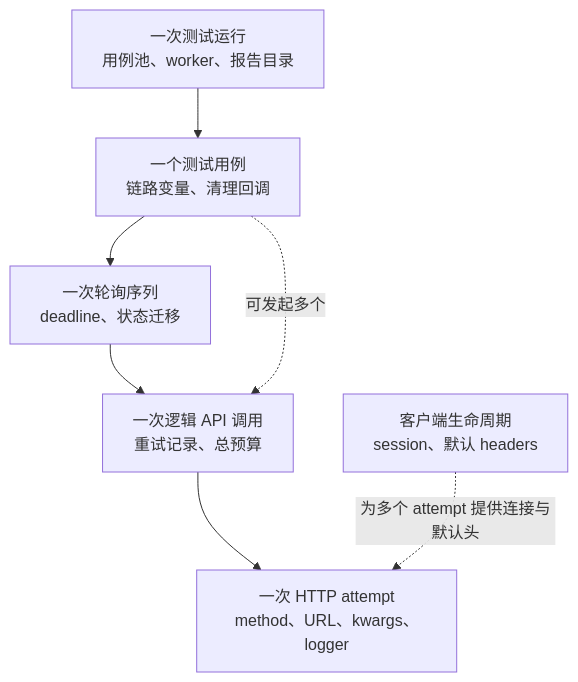
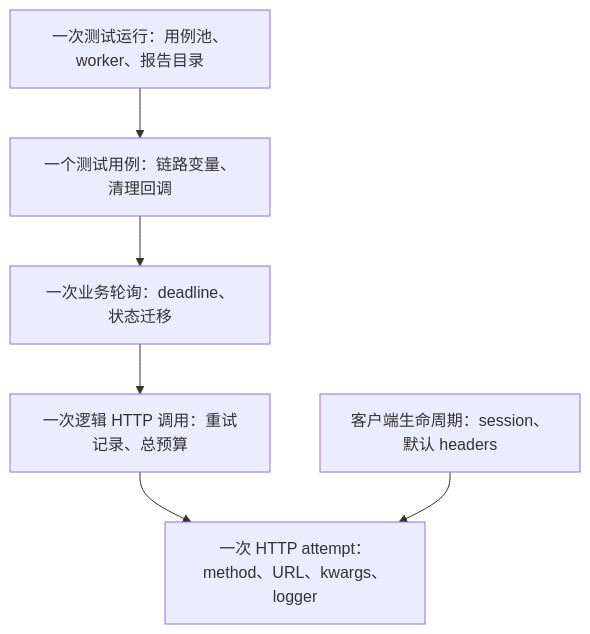
One commit to wjy801/llm_api_case changed diagram 17 of 20 in course/DAY01_EVOLUTION_PROBLEM_MAP.md. Above: the diagram before and after it, drawn with Mermaid. The commit also changed other lines of this file, not shown here.

````diff
--- a/course/DAY01_EVOLUTION_PROBLEM_MAP.md
+++ b/course/DAY01_EVOLUTION_PROBLEM_MAP.md
@@ -524,16 +436,8 @@
 ```mermaid
 flowchart TD
-    RUN[一次测试运行<br/>用例池、worker、报告目录]
-    CASE[一个测试用例<br/>链路变量、清理回调]
-    POLL[一次轮询序列<br/>deadline、状态迁移]
-    CALL[一次逻辑 API 调用<br/>重试记录、总预算]
-    ATTEMPT[一次 HTTP attempt<br/>method、URL、kwargs、logger]
-    SESSION[客户端生命周期<br/>session、默认 headers]
-
-    RUN --> CASE
-    CASE --> POLL
-    POLL --> CALL
-    CALL --> ATTEMPT
-    CASE -.可发起多个.-> CALL
-    SESSION -.为多个 attempt 提供连接与默认头.-> ATTEMPT
+    A["一次测试运行：用例池、worker、报告目录"] --> B["一个测试用例：链路变量、清理回调"]
+    B --> C["一次业务轮询：deadline、状态迁移"]
+    C --> D["一次逻辑 HTTP 调用：重试记录、总预算"]
+    D --> E["一次 HTTP attempt：method、URL、kwargs、logger"]
+    F["客户端生命周期：session、默认 headers"] --> E
 ```
````
